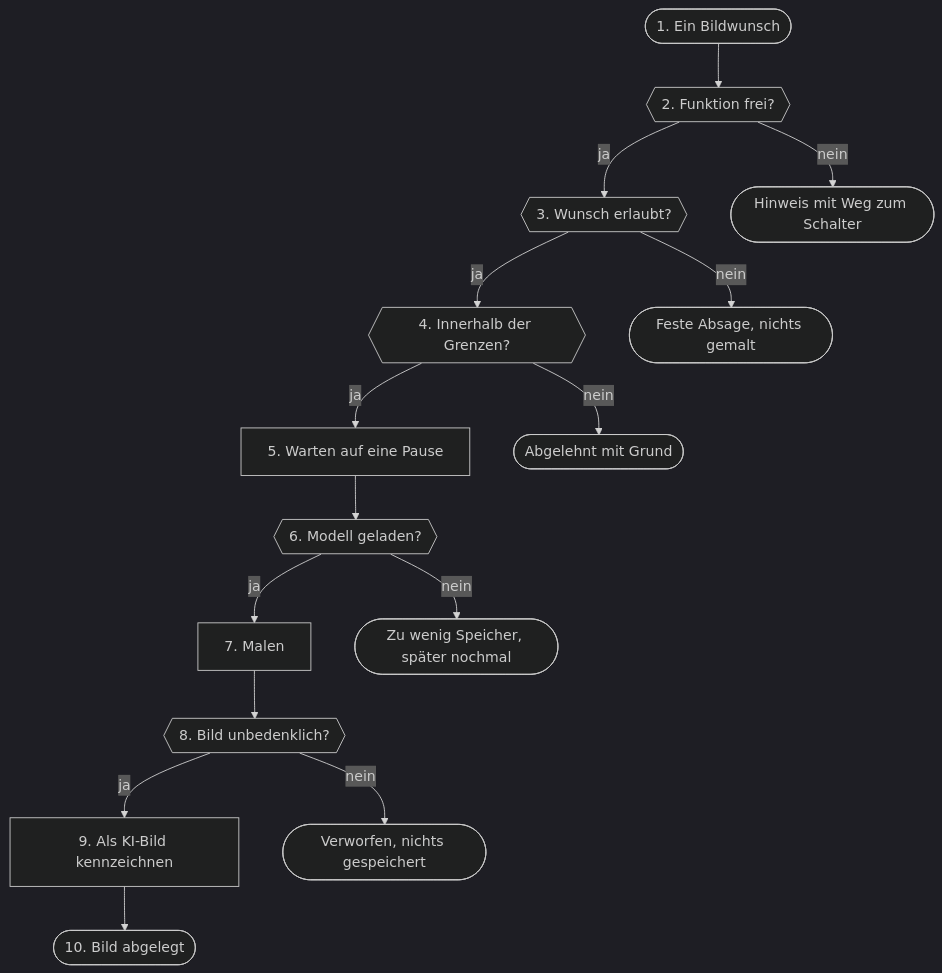
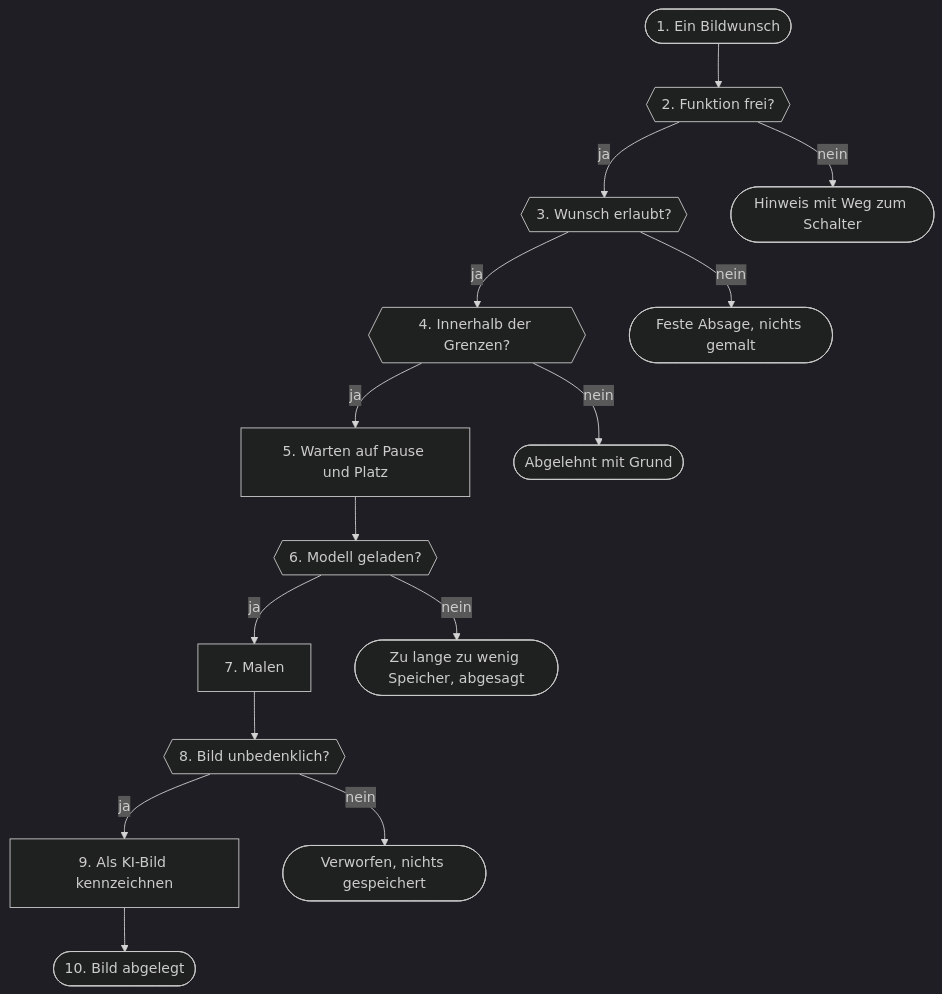
Diagram 19 of 27 in docs/de/architektur.md (db9979/speech-on-dgx-spark), drawn with Mermaid (dark theme) before and after one commit. The commit also changed other lines of this file and 28 other files, not shown here.

````diff
--- a/docs/de/architektur.md
+++ b/docs/de/architektur.md
@@ -2647,32 +2651,32 @@
 ```mermaid
 flowchart TD
   s1(["1. Ein Bildwunsch"])
   s2{{"2. Funktion frei?"}}
   s3{{"3. Wunsch erlaubt?"}}
   s4{{"4. Innerhalb der Grenzen?"}}
-  s5["5. Warten auf eine Pause"]
+  s5["5. Warten auf Pause und Platz"]
   s6{{"6. Modell geladen?"}}
   s7["7. Malen"]
   s8{{"8. Bild unbedenklich?"}}
   s9["9. Als KI-Bild kennzeichnen"]
   s10(["10. Bild abgelegt"])
   s1 --> s2
   s2 -->|ja| s3
   s3 -->|ja| s4
   s4 -->|ja| s5
   s5 --> s6
   s6 -->|ja| s7
   s7 --> s8
   s8 -->|ja| s9
   s9 --> s10
   s2x(["Hinweis mit Weg zum Schalter"])
   s2 -->|nein| s2x
   s3x(["Feste Absage, nichts gemalt"])
   s3 -->|nein| s3x
   s4x(["Abgelehnt mit Grund"])
   s4 -->|nein| s4x
-  s6x(["Zu wenig Speicher, später nochmal"])
+  s6x(["Zu lange zu wenig Speicher, abgesagt"])
   s6 -->|nein| s6x
   s8x(["Verworfen, nichts gespeichert"])
   s8 -->|nein| s8x
 ```
````
